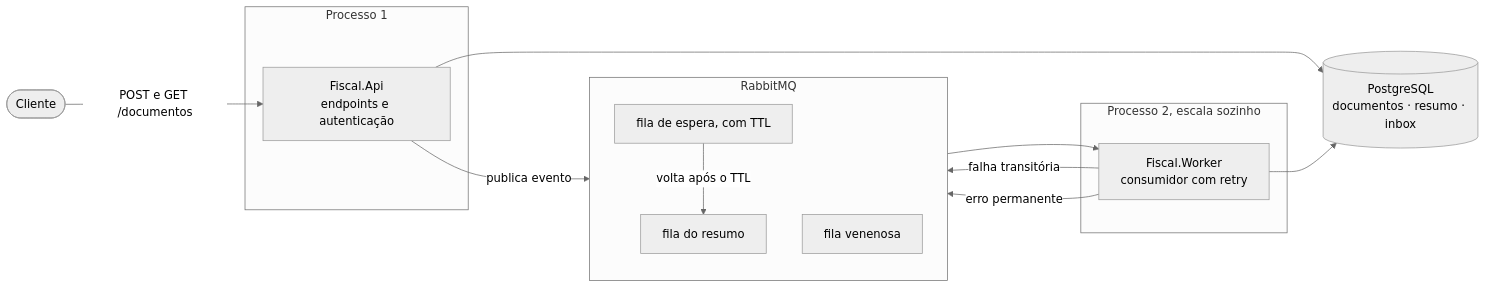
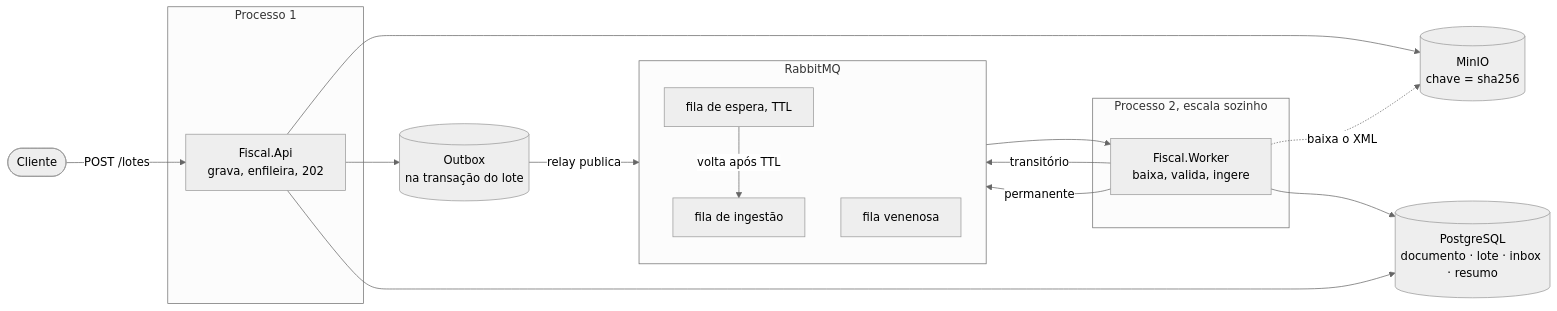
Before and after one commit to dennysmoreira/desafio_dev_senior_backend: the first of 2 diagrams in README.md, drawn with Mermaid (neutral theme). The commit also changed other lines of this file and 4 other files, not shown here.

````diff
--- a/README.md
+++ b/README.md
@@ -212,29 +175,34 @@
 ```mermaid
 flowchart LR
-    C(["Cliente"]) -->|"POST e GET /documentos"| API
+    C(["Cliente"]) -->|"POST /lotes"| API
 
     subgraph proc1["Processo 1"]
-        API["Fiscal.Api<br/>endpoints e autenticação"]
+        API["Fiscal.Api<br/>grava, enfileira, 202"]
     end
+
+    ST[("MinIO<br/>chave = sha256")]
+    OBX[("Outbox<br/>na transação do lote")]
+
+    API --> ST
+    API --> OBX
+    OBX -->|"relay publica"| Q1
 
     subgraph broker["RabbitMQ"]
         direction TB
-        Q1["fila do resumo"]
-        Q2["fila de espera, com TTL"]
+        Q1["fila de ingestão"]
+        Q2["fila de espera, TTL"]
         Q3["fila venenosa"]
     end
 
     subgraph proc2["Processo 2, escala sozinho"]
-        W["Fiscal.Worker<br/>consumidor com retry"]
+        W["Fiscal.Worker<br/>baixa, valida, ingere"]
     end
 
-    DB[("PostgreSQL<br/>documentos · resumo · inbox")]
-
-    API -->|"publica evento"| Q1
     Q1 --> W
-    W -->|"falha transitória"| Q2
-    Q2 -->|"volta após o TTL"| Q1
-    W -->|"erro permanente"| Q3
+    W -.->|"baixa o XML"| ST
+    W -->|"transitório"| Q2
+    Q2 -->|"volta após TTL"| Q1
+    W -->|"permanente"| Q3
+    W --> DB[("PostgreSQL<br/>documento · lote · inbox · resumo")]
     API --> DB
-    W --> DB
 ```
````
